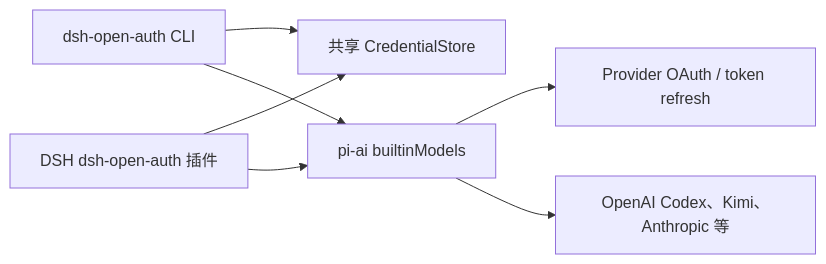
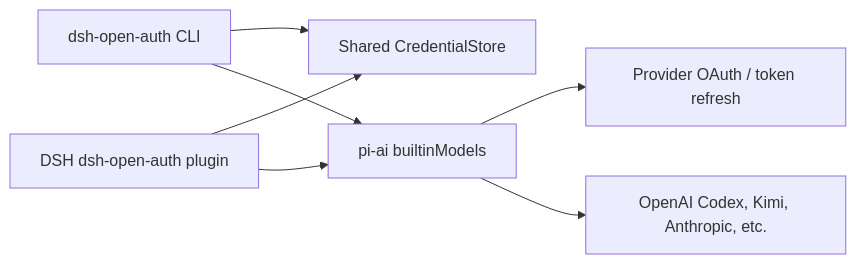
The diagram in README.md (jianghuife/dsh-open-auth-plugin), drawn with Mermaid before and after one commit. The commit also changed other lines of this file and 2 other files, not shown here.

````diff
--- a/README.md
+++ b/README.md
@@ -77,9 +79,9 @@
 ```mermaid
 flowchart LR
-  CLI["dsh-open-auth CLI"] --> Store["共享 CredentialStore"]
-  DSH["DSH dsh-open-auth 插件"] --> Store
+  CLI["dsh-open-auth CLI"] --> Store["Shared CredentialStore"]
+  DSH["DSH dsh-open-auth plugin"] --> Store
   DSH --> Models["pi-ai builtinModels"]
   CLI --> Models
   Models --> OAuth["Provider OAuth / token refresh"]
-  Models --> APIs["OpenAI Codex、Kimi、Anthropic 等"]
+  Models --> APIs["OpenAI Codex, Kimi, Anthropic, etc."]
 ```
````
